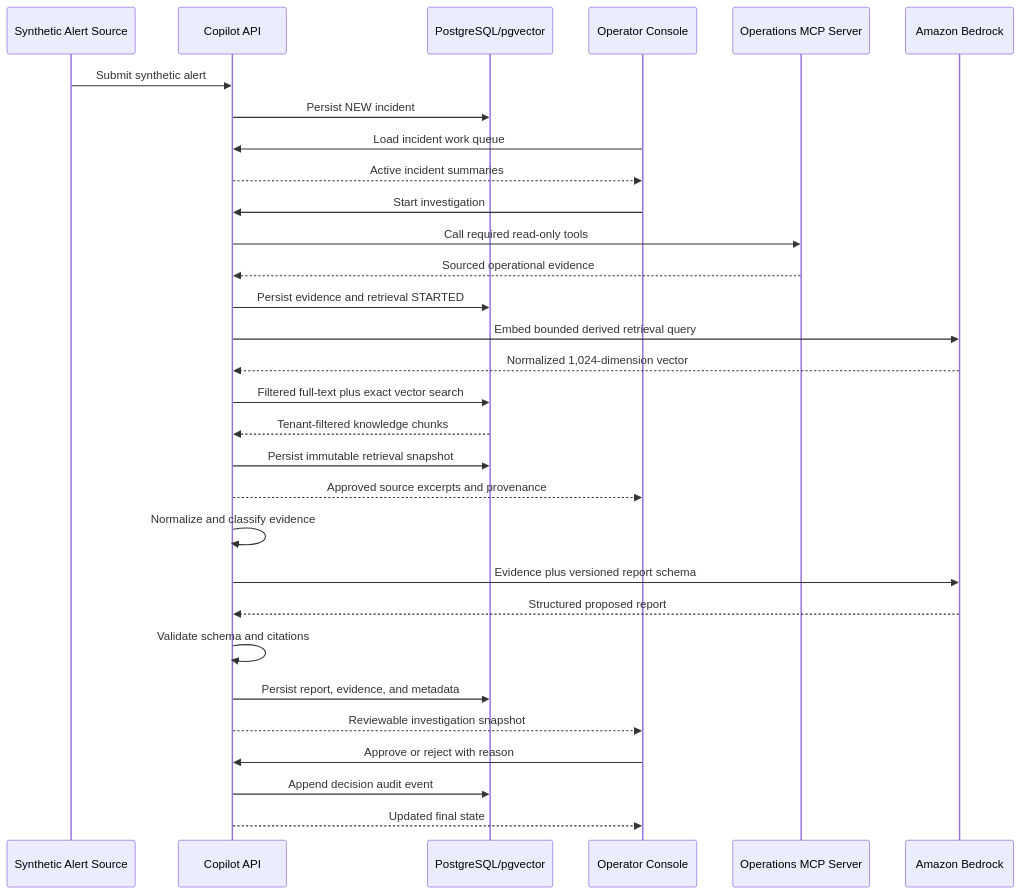
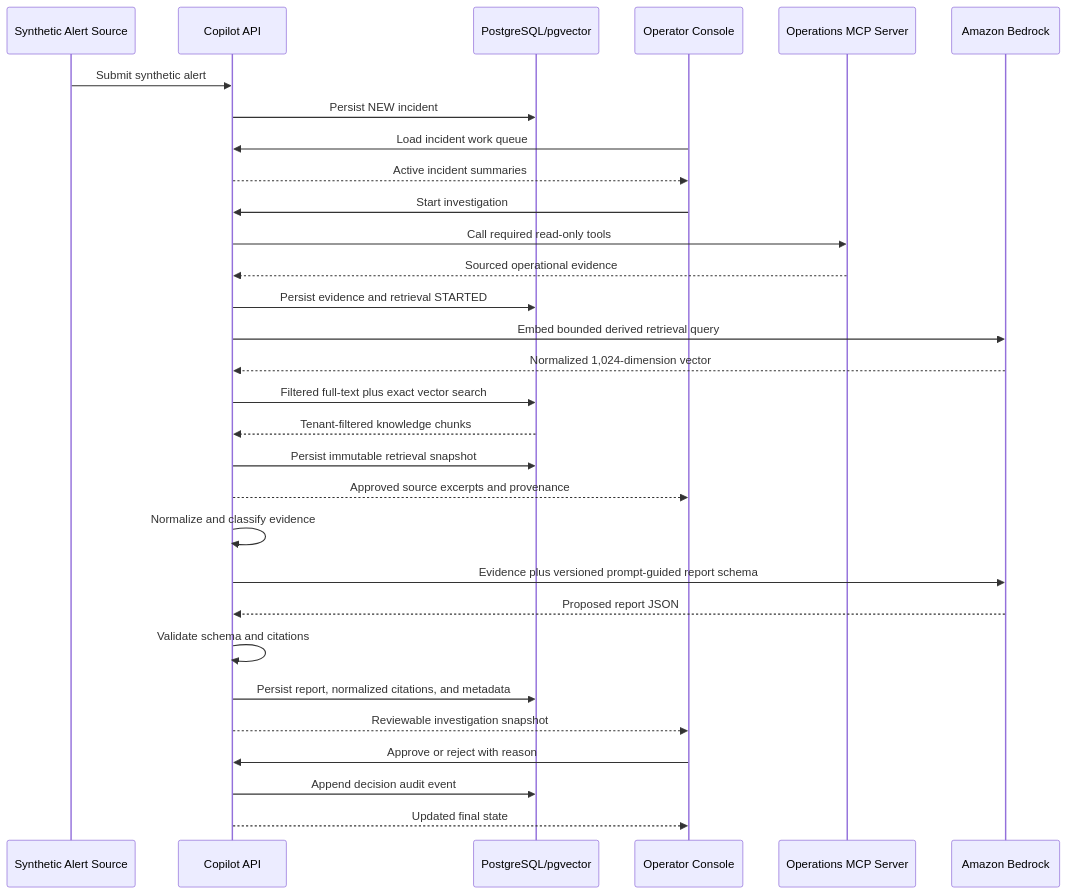
One commit to cguzowski/payment-incident-copilot changed the diagram in docs/agent/ARCHITECTURE.md. Above: the diagram before and after it, drawn with Mermaid. The commit also changed other lines of this file and 90 other files, not shown here.

Commit message:
Recover complete evidence-linked report feature

````diff
--- a/docs/agent/ARCHITECTURE.md
+++ b/docs/agent/ARCHITECTURE.md
@@ -87,33 +101,33 @@
 ```mermaid
 sequenceDiagram
     participant S as Synthetic Alert Source
     participant A as Copilot API
     participant D as PostgreSQL/pgvector
     participant U as Operator Console
     participant M as Operations MCP Server
     participant B as Amazon Bedrock
 
     S->>A: Submit synthetic alert
     A->>D: Persist NEW incident
     U->>A: Load incident work queue
     A-->>U: Active incident summaries
     U->>A: Start investigation
     A->>M: Call required read-only tools
     M-->>A: Sourced operational evidence
     A->>D: Persist evidence and retrieval STARTED
     A->>B: Embed bounded derived retrieval query
     B-->>A: Normalized 1,024-dimension vector
     A->>D: Filtered full-text plus exact vector search
     D-->>A: Tenant-filtered knowledge chunks
     A->>D: Persist immutable retrieval snapshot
     A-->>U: Approved source excerpts and provenance
     A->>A: Normalize and classify evidence
-    A->>B: Evidence plus versioned report schema
-    B-->>A: Structured proposed report
+    A->>B: Evidence plus versioned prompt-guided report schema
+    B-->>A: Proposed report JSON
     A->>A: Validate schema and citations
-    A->>D: Persist report, evidence, and metadata
+    A->>D: Persist report, normalized citations, and metadata
     A-->>U: Reviewable investigation snapshot
     U->>A: Approve or reject with reason
     A->>D: Append decision audit event
     A-->>U: Updated final state
 ```
````
